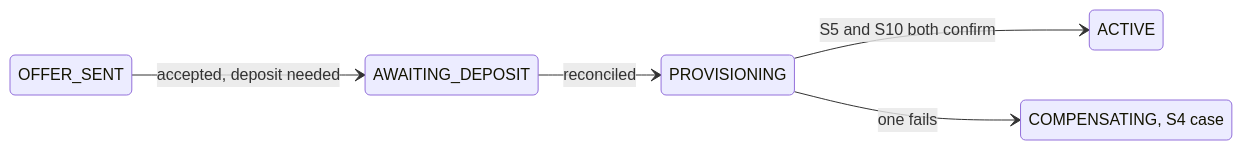
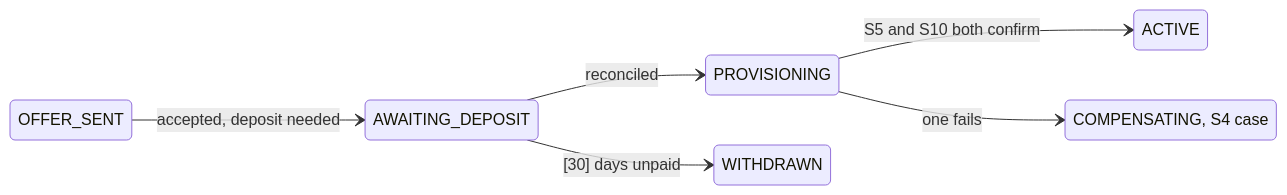
Before and after one commit to paytinno/merchant-portal-workflows: the second of 2 diagrams in docs/workflows/MP-09-deposit-set-up-and-activation.md, drawn with Mermaid. The commit also changed other lines of this file and 36 other files, not shown here.

````diff
--- a/docs/workflows/MP-09-deposit-set-up-and-activation.md
+++ b/docs/workflows/MP-09-deposit-set-up-and-activation.md
@@ -71,13 +71,15 @@
 ```mermaid
 stateDiagram-v2
   direction LR
   state "OFFER_SENT" as s_OFFER_SENT
   state "AWAITING_DEPOSIT" as s_AWAITING_DEPOSIT
   state "PROVISIONING" as s_PROVISIONING
   state "ACTIVE" as s_ACTIVE
   state "COMPENSATING, S4 case" as s_COMPENSATING_S4_case
+  state "WITHDRAWN" as s_WITHDRAWN
   s_OFFER_SENT --> s_AWAITING_DEPOSIT : accepted, deposit needed
   s_AWAITING_DEPOSIT --> s_PROVISIONING : reconciled
   s_PROVISIONING --> s_ACTIVE : S5 and S10 both confirm
   s_PROVISIONING --> s_COMPENSATING_S4_case : one fails
+  s_AWAITING_DEPOSIT --> s_WITHDRAWN : [30] days unpaid
 ```
````
